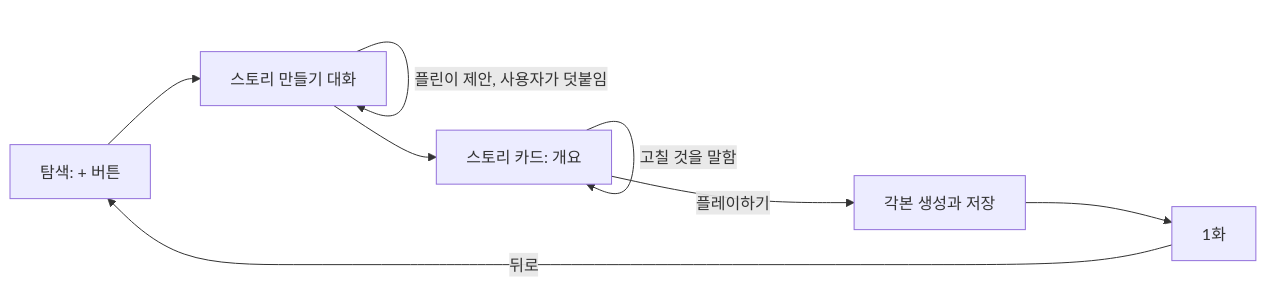
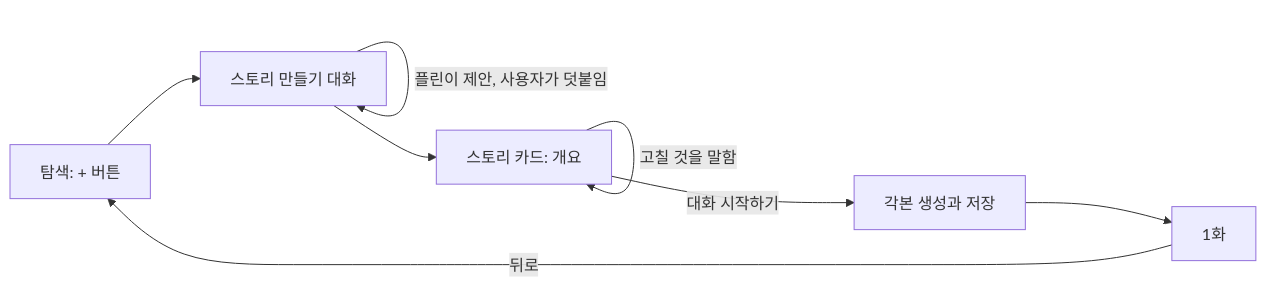
Before and after one commit to toy-crane/flyn: the diagram in docs/specs/story-creation-chat/spec.md, drawn with Mermaid. The commit also changed other lines of this file and 2 other files, not shown here.

````diff
--- a/docs/specs/story-creation-chat/spec.md
+++ b/docs/specs/story-creation-chat/spec.md
@@ -105,10 +105,10 @@
 ```mermaid
 flowchart LR
   B[탐색: + 버튼] --> C[스토리 만들기 대화]
   C -->|플린이 제안, 사용자가 덧붙임| C
   C --> K[스토리 카드: 개요]
   K -->|고칠 것을 말함| K
-  K -->|플레이하기| G[각본 생성과 저장]
+  K -->|대화 시작하기| G[각본 생성과 저장]
   G --> E[1화]
   E -->|뒤로| B
 ```
````
